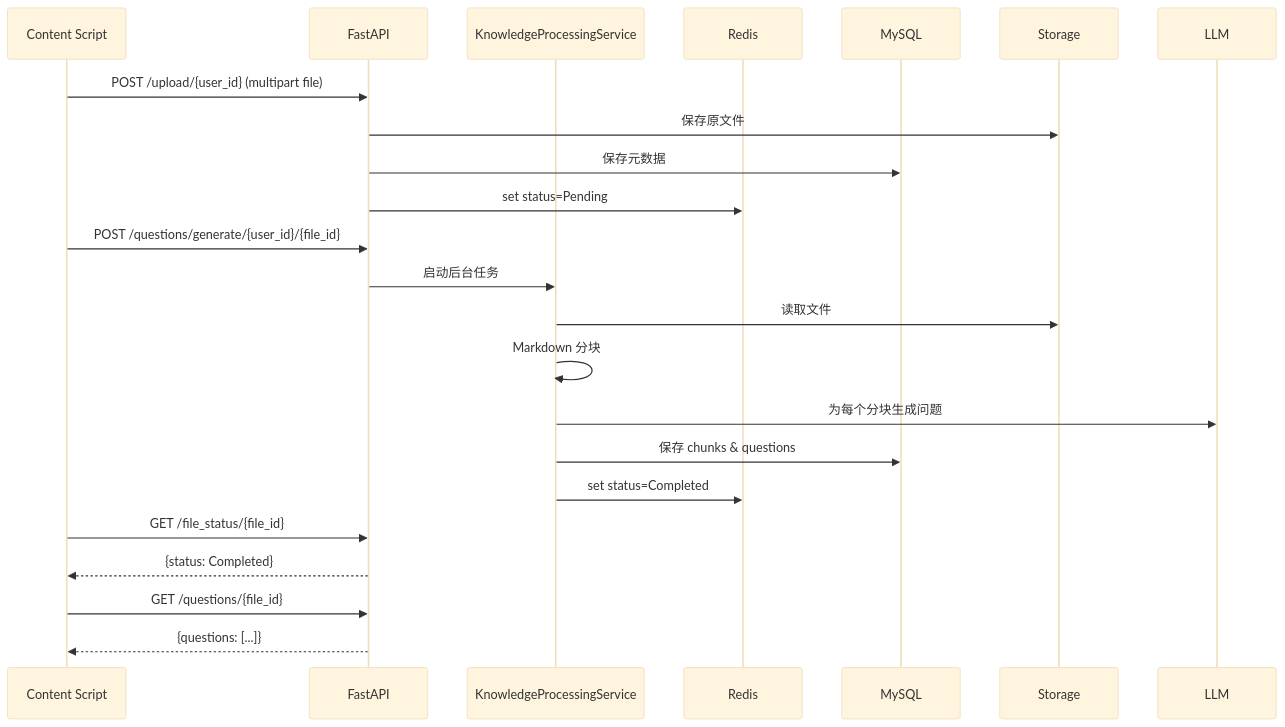
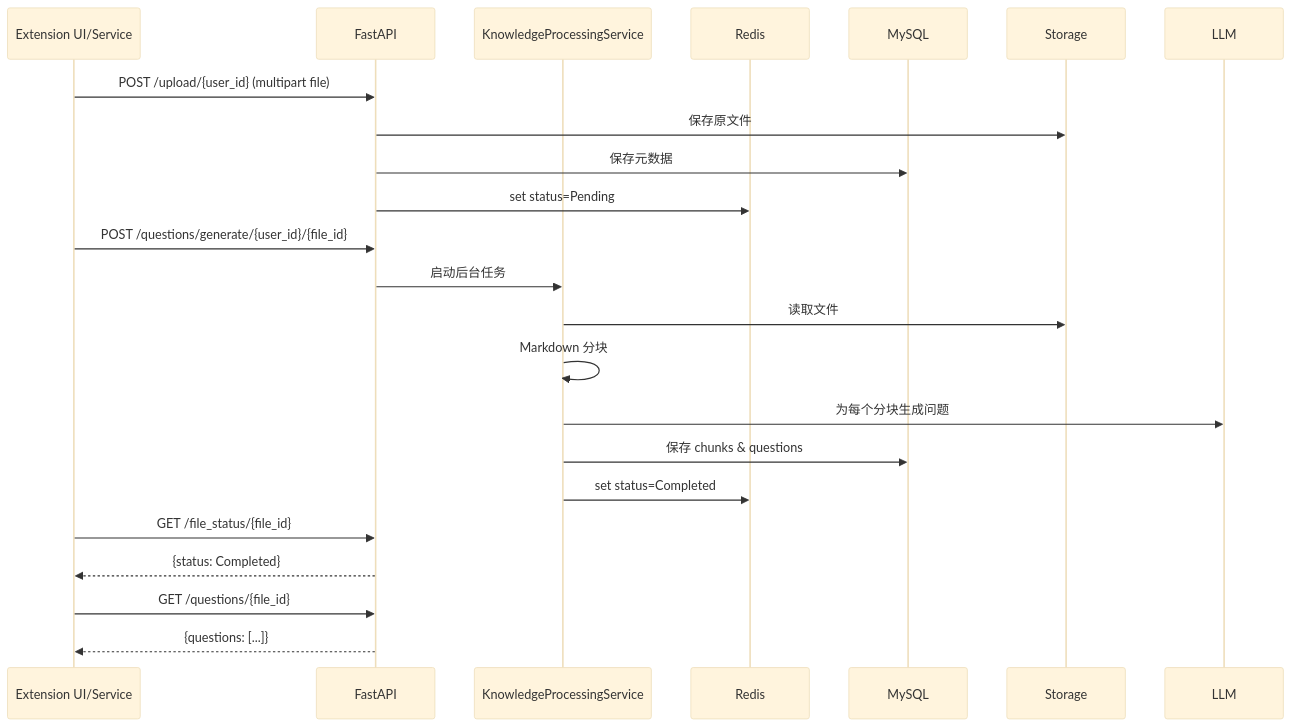
The second of 2 diagrams in README.md (jiabai/InsightFlow), drawn with Mermaid (base theme) before and after one commit. The commit also changed other lines of this file, not shown here.

````diff
--- a/README.md
+++ b/README.md
@@ -236,26 +202,26 @@
 ```mermaid
 sequenceDiagram
-  participant CS as Content Script
+  participant FE as Extension UI/Service
   participant API as FastAPI
   participant KPS as KnowledgeProcessingService
   participant R as Redis
   participant DB as MySQL
   participant ST as Storage
   participant LLM as LLM
 
-  CS->>API: POST /upload/{user_id} (multipart file)
+  FE->>API: POST /upload/{user_id} (multipart file)
   API->>ST: 保存原文件
   API->>DB: 保存元数据
   API->>R: set status=Pending
-  CS->>API: POST /questions/generate/{user_id}/{file_id}
+  FE->>API: POST /questions/generate/{user_id}/{file_id}
   API->>KPS: 启动后台任务
   KPS->>ST: 读取文件
   KPS->>KPS: Markdown 分块
   KPS->>LLM: 为每个分块生成问题
   KPS->>DB: 保存 chunks & questions
   KPS->>R: set status=Completed
-  CS->>API: GET /file_status/{file_id}
-  API-->>CS: {status: Completed}
-  CS->>API: GET /questions/{file_id}
-  API-->>CS: {questions: [...]}
+  FE->>API: GET /file_status/{file_id}
+  API-->>FE: {status: Completed}
+  FE->>API: GET /questions/{file_id}
+  API-->>FE: {questions: [...]}
 ```
````
